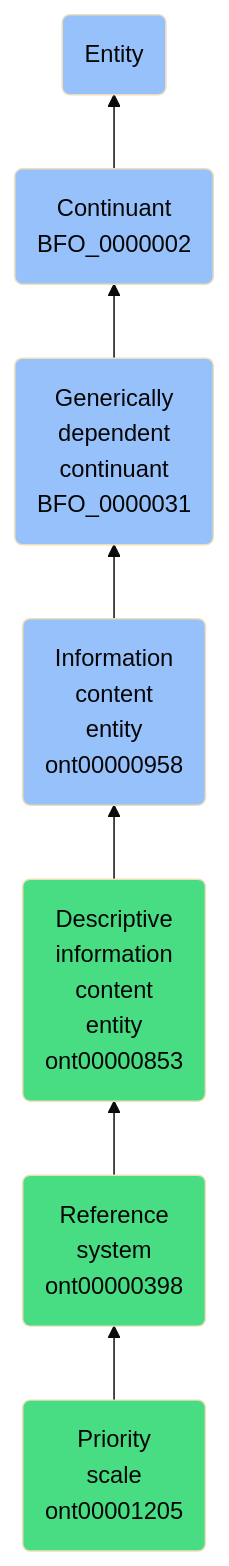
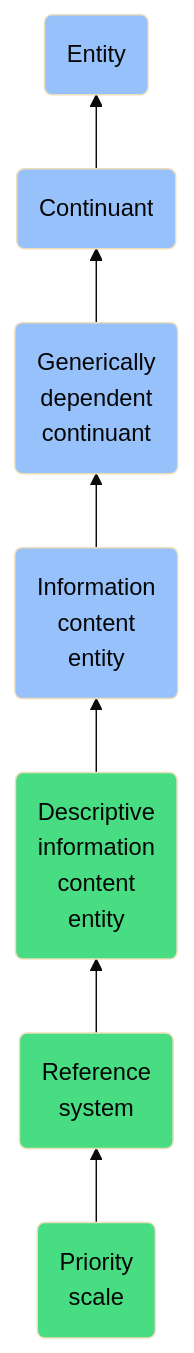
The diagram in docs/ontology/reference/model/Entity/Continuant/Generically dependent continuant/Information content entity/Descriptive information content entity/Reference system/Priority scale/Priority scale.md (jupyter-naas/abi), drawn with Mermaid (base theme) before and after one commit. The commit also changed other lines of this file and 1430 other files, not shown here.

````diff
--- a/docs/ontology/reference/model/Entity/Continuant/Generically dependent continuant/Information content entity/Descriptive information content entity/Reference system/Priority scale/Priority scale.md
+++ b/docs/ontology/reference/model/Entity/Continuant/Generically dependent continuant/Information content entity/Descriptive information content entity/Reference system/Priority scale/Priority scale.md
@@ -24,14 +24,14 @@
 ```mermaid
 graph BT
-    ont00001205(Priority<br>scale<br>ont00001205):::ABI-->ont00000398
-    ont00000398(Reference<br>system<br>ont00000398):::ABI-->ont00000853
-    ont00000853(Descriptive<br>information<br>content<br>entity<br>ont00000853):::ABI-->ont00000958
-    ont00000958(Information<br>content<br>entity<br>ont00000958):::BFO-->BFO_0000031
-    BFO_0000031(Generically<br>dependent<br>continuant<br>BFO_0000031):::BFO-->BFO_0000002
-    BFO_0000002(Continuant<br>BFO_0000002):::BFO-->BFO_0000001
+    ont00001205(Priority<br>scale):::ABI-->ont00000398
+    ont00000398(Reference<br>system):::ABI-->ont00000853
+    ont00000853(Descriptive<br>information<br>content<br>entity):::ABI-->ont00000958
+    ont00000958(Information<br>content<br>entity):::BFO-->BFO_0000031
+    BFO_0000031(Generically<br>dependent<br>continuant):::BFO-->BFO_0000002
+    BFO_0000002(Continuant):::BFO-->BFO_0000001
     BFO_0000001(Entity):::BFO
     
     classDef BFO fill:#97c1fb,color:#060606
     classDef CCO fill:#e4c51e,color:#060606
     classDef ABI fill:#48DD82,color:#060606
 ```
````
